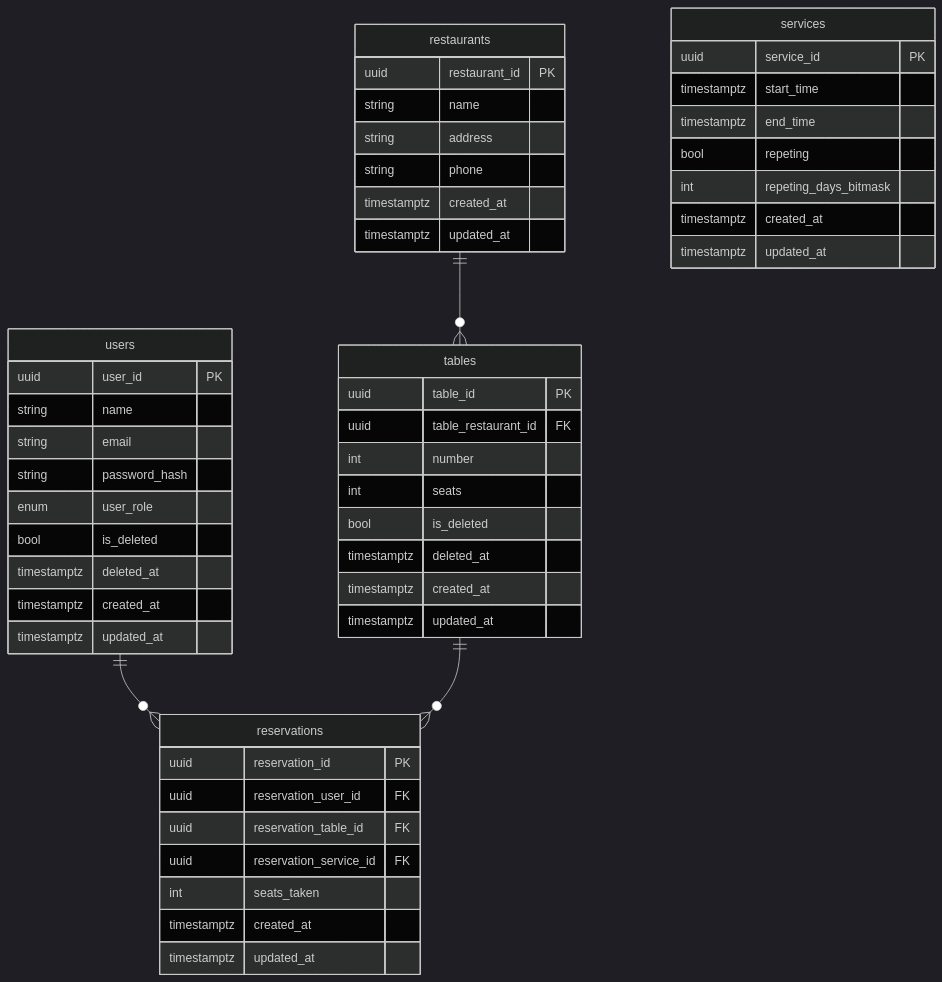
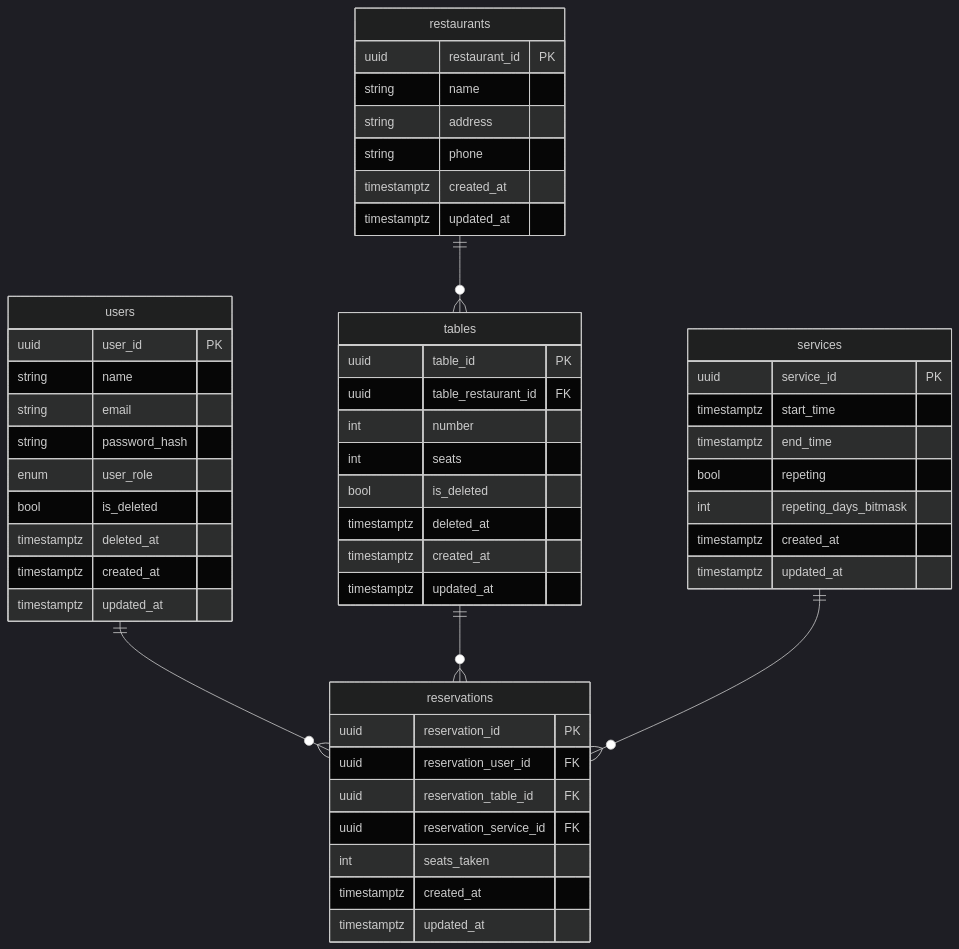
One commit to feywilddd/mean-table-scheduler changed the diagram in doc/er-diagram.md. Above: the diagram before and after it, drawn with Mermaid (dark theme).

````diff
--- a/doc/er-diagram.md
+++ b/doc/er-diagram.md
@@ -3,55 +3,56 @@
 ```mermaid
 erDiagram
     users {
         uuid user_id PK
         string name
         string email
         string password_hash
         enum user_role
         bool is_deleted
         timestamptz deleted_at
         timestamptz created_at
         timestamptz updated_at
     }
     restaurants {
         uuid restaurant_id PK
         string name
         string address
         string phone
         timestamptz created_at
         timestamptz updated_at
     }
     tables {
         uuid table_id PK
         uuid table_restaurant_id FK
         int number
         int seats
         bool is_deleted
         timestamptz deleted_at
         timestamptz created_at
         timestamptz updated_at
     }
     reservations {
         uuid reservation_id PK
         uuid reservation_user_id FK
         uuid reservation_table_id FK
         uuid reservation_service_id FK
         int seats_taken
         timestamptz created_at
         timestamptz updated_at
     }
 
     services {
         uuid service_id PK
         timestamptz start_time
         timestamptz end_time
         bool repeting
         int repeting_days_bitmask
         timestamptz created_at
         timestamptz updated_at
     }
 
     users ||--o{ reservations : ""
     restaurants ||--o{ tables : ""
     tables ||--o{ reservations : ""
+    services ||--o{ reservations : ""
 ```
````
